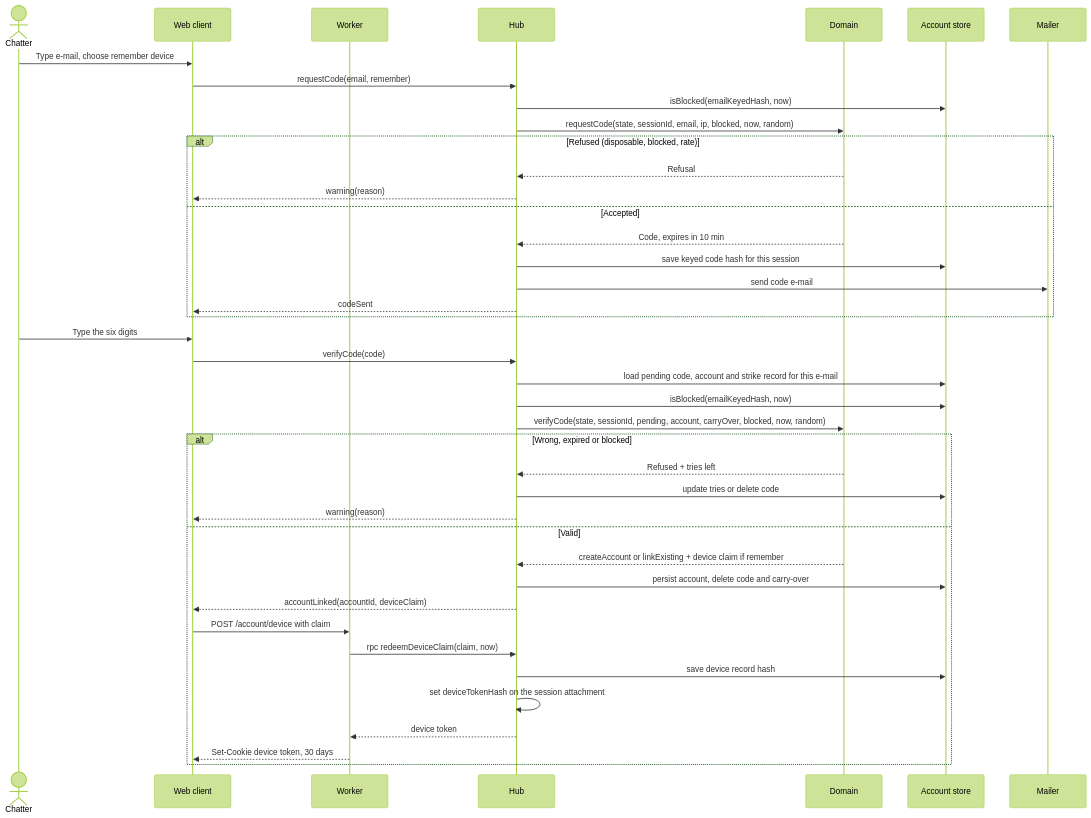
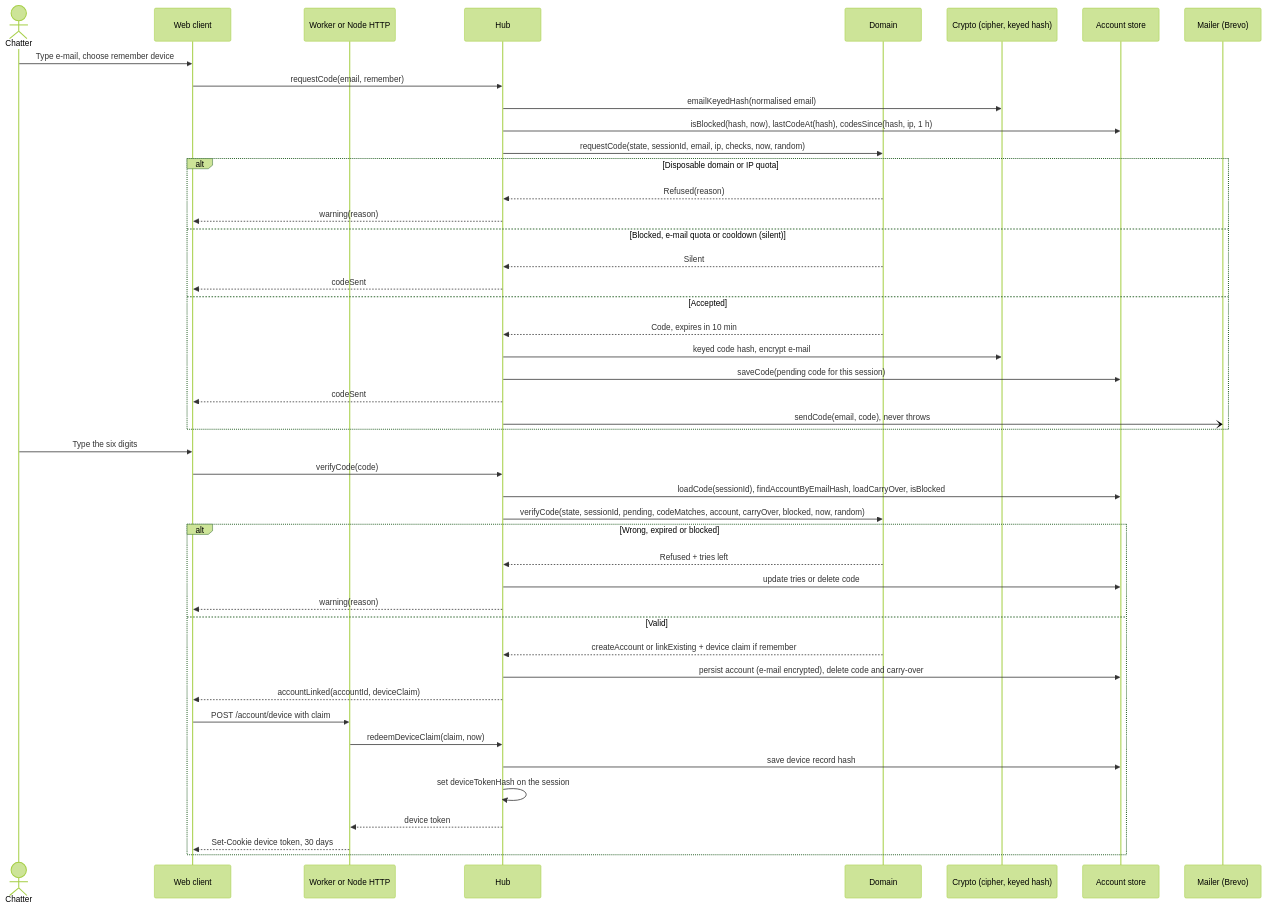
The diagram in docs/architecture/diagrams/accounts/02-sequence-sign-in-with-code.md (benoit-bremaud/asv), drawn with Mermaid (forest theme) before and after one commit. The commit also changed other lines of this file and 18 other files, not shown here.

First line of the commit message:
docs(accounts): brick 5 studies — Brevo mailer, encryption at rest, account UI

````diff
--- a/docs/architecture/diagrams/accounts/02-sequence-sign-in-with-code.md
+++ b/docs/architecture/diagrams/accounts/02-sequence-sign-in-with-code.md
@@ -15,43 +15,48 @@
 ```mermaid
 sequenceDiagram
   actor C as Chatter
   participant W as Web client
-  participant WK as Worker
+  participant WK as Worker or Node HTTP
   participant H as Hub
   participant D as Domain
+  participant K as Crypto (cipher, keyed hash)
   participant AS as Account store
-  participant ML as Mailer
+  participant ML as Mailer (Brevo)
   C->>W: Type e-mail, choose remember device
   W->>H: requestCode(email, remember)
-  H->>AS: isBlocked(emailKeyedHash, now)
-  H->>D: requestCode(state, sessionId, email, ip, blocked, now, random)
-  alt Refused (disposable, blocked, rate)
-    D-->>H: Refusal
+  H->>K: emailKeyedHash(normalised email)
+  H->>AS: isBlocked(hash, now), lastCodeAt(hash), codesSince(hash, ip, 1 h)
+  H->>D: requestCode(state, sessionId, email, ip, checks, now, random)
+  alt Disposable domain or IP quota
+    D-->>H: Refused(reason)
     H-->>W: warning(reason)
+  else Blocked, e-mail quota or cooldown (silent)
+    D-->>H: Silent
+    H-->>W: codeSent
   else Accepted
     D-->>H: Code, expires in 10 min
-    H->>AS: save keyed code hash for this session
-    H->>ML: send code e-mail
+    H->>K: keyed code hash, encrypt e-mail
+    H->>AS: saveCode(pending code for this session)
     H-->>W: codeSent
+    H-)ML: sendCode(email, code), never throws
   end
   C->>W: Type the six digits
   W->>H: verifyCode(code)
-  H->>AS: load pending code, account and strike record for this e-mail
-  H->>AS: isBlocked(emailKeyedHash, now)
-  H->>D: verifyCode(state, sessionId, pending, account, carryOver, blocked, now, random)
+  H->>AS: loadCode(sessionId), findAccountByEmailHash, loadCarryOver, isBlocked
+  H->>D: verifyCode(state, sessionId, pending, codeMatches, account, carryOver, blocked, now, random)
   alt Wrong, expired or blocked
     D-->>H: Refused + tries left
     H->>AS: update tries or delete code
     H-->>W: warning(reason)
   else Valid
     D-->>H: createAccount or linkExisting + device claim if remember
-    H->>AS: persist account, delete code and carry-over
+    H->>AS: persist account (e-mail encrypted), delete code and carry-over
     H-->>W: accountLinked(accountId, deviceClaim)
     W->>WK: POST /account/device with claim
-    WK->>H: rpc redeemDeviceClaim(claim, now)
+    WK->>H: redeemDeviceClaim(claim, now)
     H->>AS: save device record hash
-    H->>H: set deviceTokenHash on the session attachment
+    H->>H: set deviceTokenHash on the session
     H-->>WK: device token
     WK-->>W: Set-Cookie device token, 30 days
   end
 ```
````
